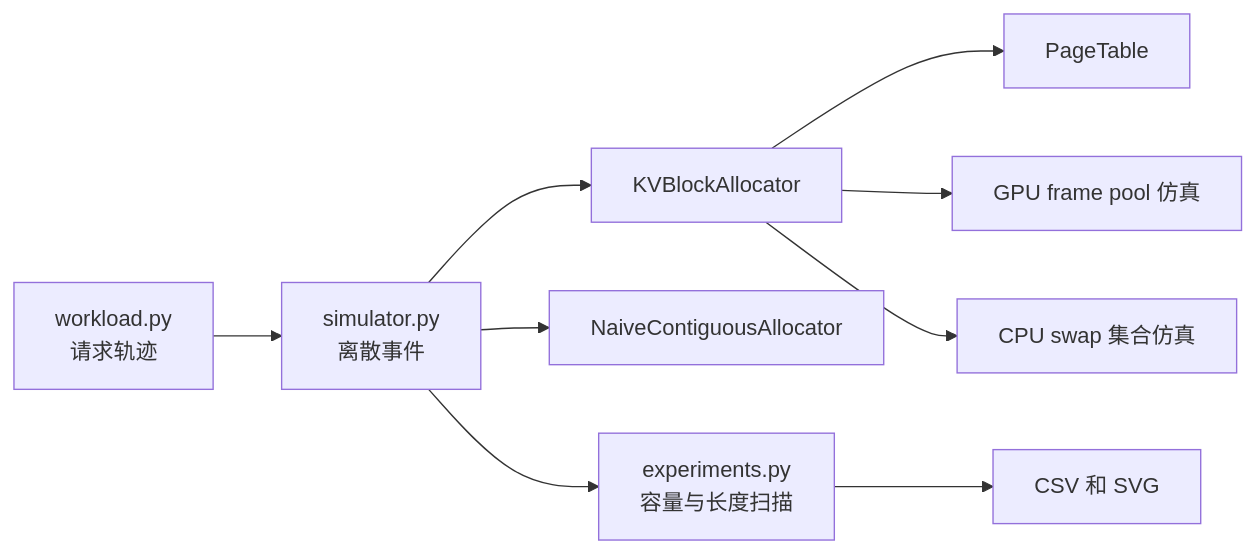
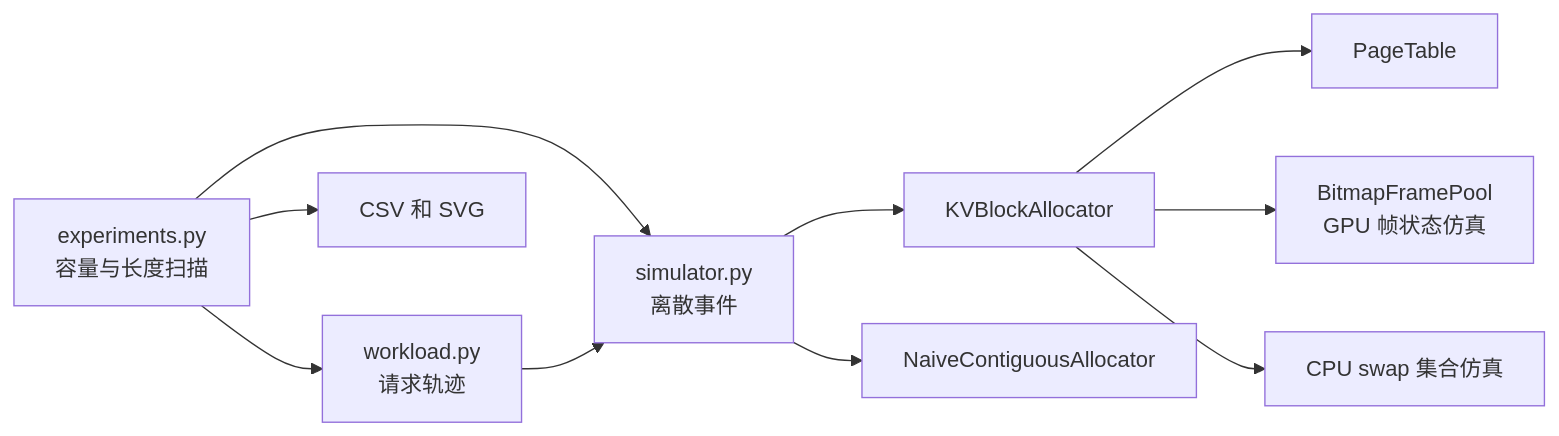
One commit to MaybeOneDay-create/kv-cache-paging-simulator changed the first of 2 diagrams in docs/系统设计文档.md. Above: the diagram before and after it, drawn with Mermaid. The commit also changed other lines of this file and 7 other files, not shown here.

Commit message:
Fix equal-time request ordering and design diagram

````diff
--- a/docs/系统设计文档.md
+++ b/docs/系统设计文档.md
@@ -29,11 +29,12 @@
 ```mermaid
 flowchart LR
-  Workload[workload.py\n请求轨迹] --> Sim[simulator.py\n离散事件]
+  Exp[experiments.py<br/>容量与长度扫描] --> Workload[workload.py<br/>请求轨迹]
+  Exp --> Sim[simulator.py<br/>离散事件]
+  Workload --> Sim
   Sim --> Paged[KVBlockAllocator]
   Sim --> Naive[NaiveContiguousAllocator]
   Paged --> PT[PageTable]
-  Paged --> GPU[GPU frame pool 仿真]
+  Paged --> Pool[BitmapFramePool<br/>GPU 帧状态仿真]
   Paged --> CPU[CPU swap 集合仿真]
-  Sim --> Exp[experiments.py\n容量与长度扫描]
   Exp --> CSV[CSV 和 SVG]
 ```
````
